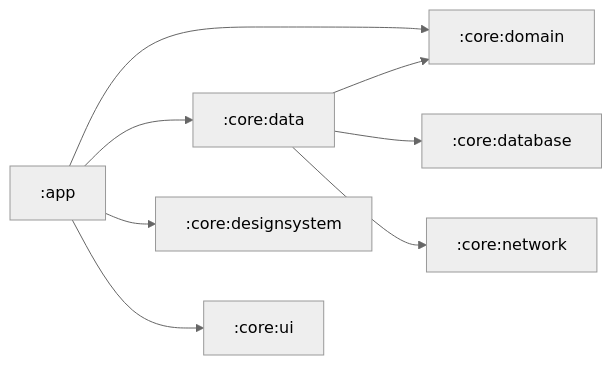
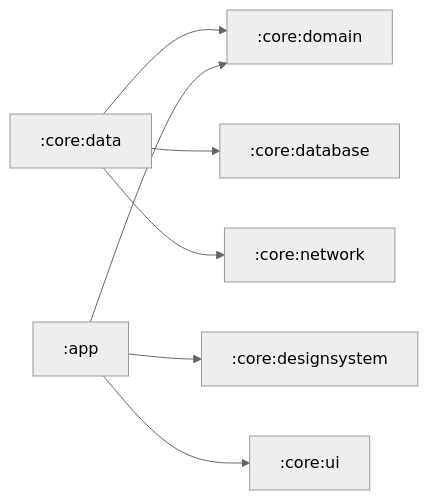
The diagram in README.md (farzadazimipour/custorix-android), drawn with Mermaid before and after one commit. The commit also changed 1 other file, not shown here.

Commit message:
Updated Module Graph

````diff
--- a/README.md
+++ b/README.md
@@ -23,16 +23,15 @@
 ```mermaid
 %%{
   init: {
     'theme': 'neutral'
   }
 }%%
 
 graph LR
   :core:data --> :core:domain
   :core:data --> :core:database
   :core:data --> :core:network
   :app --> :core:domain
-  :app --> :core:data
   :app --> :core:designsystem
   :app --> :core:ui
 ```
````
